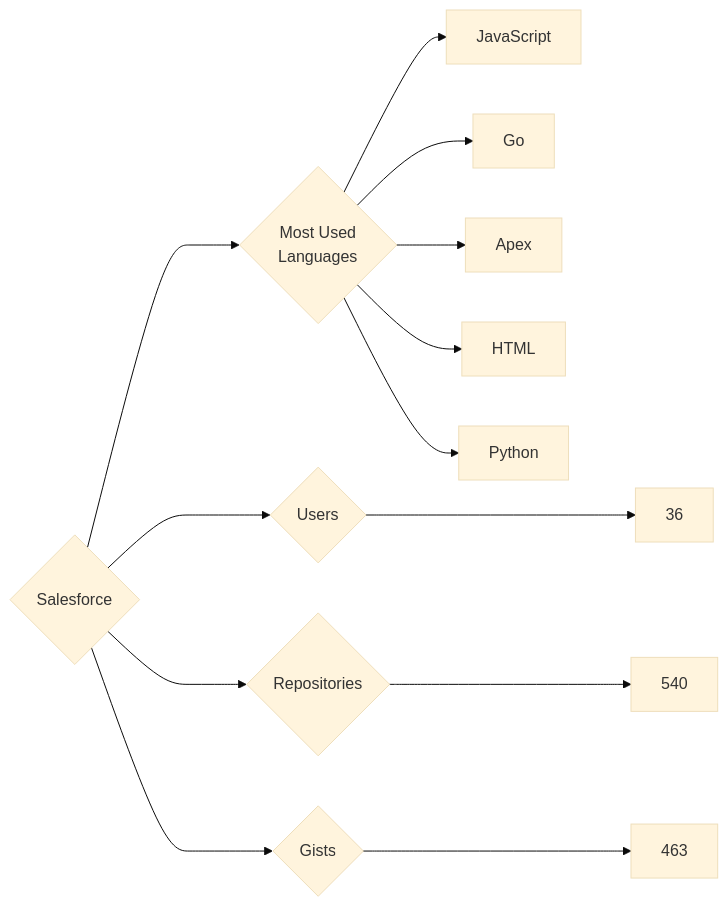
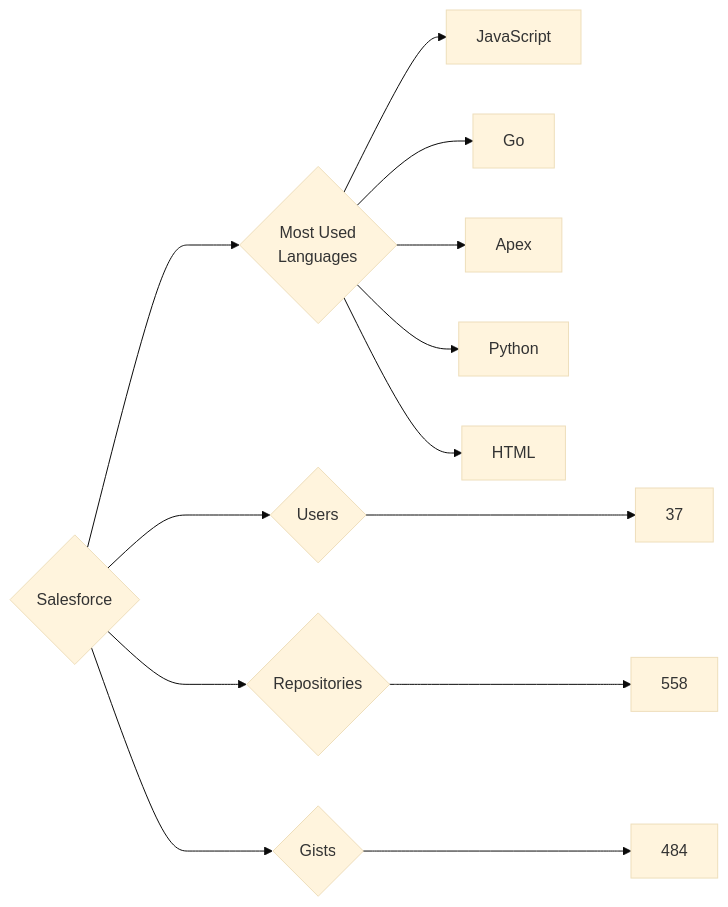
Before and after one commit to trickest/insiders: the diagram in targets/Salesforce/README.md, drawn with Mermaid (base theme). The commit also changed 1484 other files, not shown here.

````diff
--- a/targets/Salesforce/README.md
+++ b/targets/Salesforce/README.md
@@ -3,13 +3,13 @@
 ```mermaid
 graph LR
 COMPANY_NAME{Salesforce}
-COMPANY_NAME ---> U{Users} ---> UN[36]
-COMPANY_NAME ---> R{Repositories} ---> RN[540]
-COMPANY_NAME ---> G{Gists} ---> GN[463]
+COMPANY_NAME ---> U{Users} ---> UN[37]
+COMPANY_NAME ---> R{Repositories} ---> RN[558]
+COMPANY_NAME ---> G{Gists} ---> GN[484]
 COMPANY_NAME ---> ML{Most Used<br>Languages}
 ML --> JavaScript[JavaScript]
 ML --> Go[Go]
 ML --> Apex[Apex]
+ML --> Python[Python]
 ML --> HTML[HTML]
-ML --> Python[Python]
 ```
````
